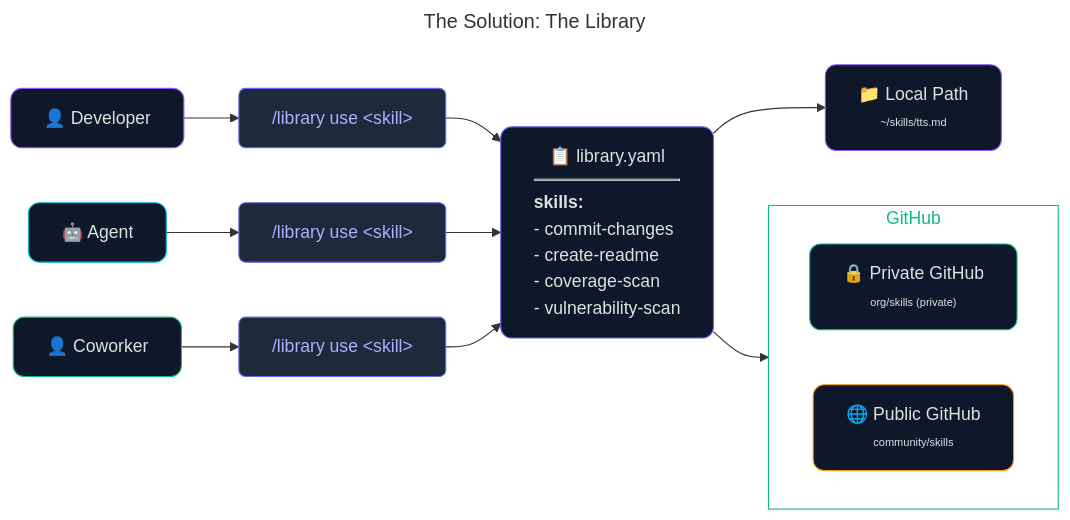
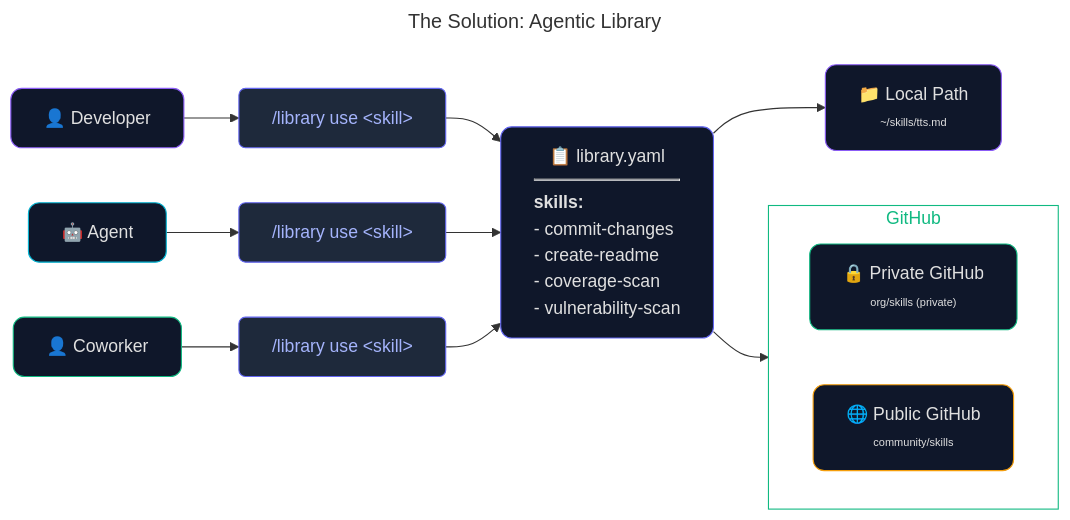
One commit to bkbatchelor/agentic-library changed the diagram in README.md. Above: the diagram before and after it, drawn with Mermaid. The commit also changed other lines of this file, not shown here.

Commit message:
docs: update project branding to agentic library in readme

````diff
--- a/README.md
+++ b/README.md
@@ -48,49 +48,49 @@
 ```mermaid
 ---
-title: "The Solution: The Library"
+title: "The Solution: Agentic Library"
 ---
 flowchart LR
     classDef actor fill:#0F172A,stroke:#8B5CF6,color:#E0E0E0,rx:10
     classDef agent fill:#0F172A,stroke:#06B6D4,color:#E0E0E0,rx:10
     classDef coworker fill:#0F172A,stroke:#10B981,color:#E0E0E0,rx:10
     classDef cmd fill:#1E293B,stroke:#6366F1,color:#A5B4FC,rx:6
     classDef catalog fill:#0F172A,stroke:#6366F1,color:#E0E0E0,rx:10
     classDef src fill:#0F172A,stroke:#10B981,color:#E0E0E0,rx:10
     classDef src2 fill:#0F172A,stroke:#F59E0B,color:#E0E0E0,rx:10
     classDef src3 fill:#0F172A,stroke:#8B5CF6,color:#E0E0E0,rx:10
     classDef ref fill:#111827,stroke:#10B981,color:#10B981,rx:4
     classDef check fill:none,stroke:#10B981,color:#10B981
 
     D["👤 Developer"] --> DC["`/library use &ltskill&gt`"]
     A["🤖 Agent"] --> AC["`/library use &ltskill&gt`"]
     C["👤 Coworker"] --> CC["`/library use &ltskill&gt`"]
 
     DC-->Lib
     AC --> Lib 
     CC --> Lib
     Lib --> LP
  
 
     Lib["📋 library.yaml <br/><div style='text-align:left'><hr/> <b>skills:</b><br/>- commit-changes<br/>- create-readme<br/>- coverage-scan<br/>- vulnerability-scan </div>"]
 
     LP["📁 Local Path<br/><span style='font-size:10px'>~/skills/tts.md</span>"]
 
     subgraph GitHub
     direction LR
         PG["🔒 Private GitHub<br/><span style='font-size:10px'>org/skills (private)</span>"]
         PubG["🌐 Public GitHub<br/><span style='font-size:10px'>community/skills</span>"]
 
     end    
     
     Lib --> GitHub
 
     class D actor
     class A agent
     class C coworker
     class DC,AC,CC cmd
     class Lib,GH catalog
     class PG src
     class PubG src2
     class LP src3
     class Result,GitHub check
 ```
````
